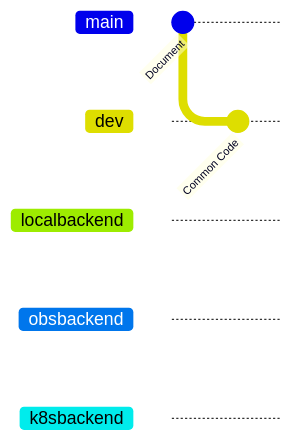
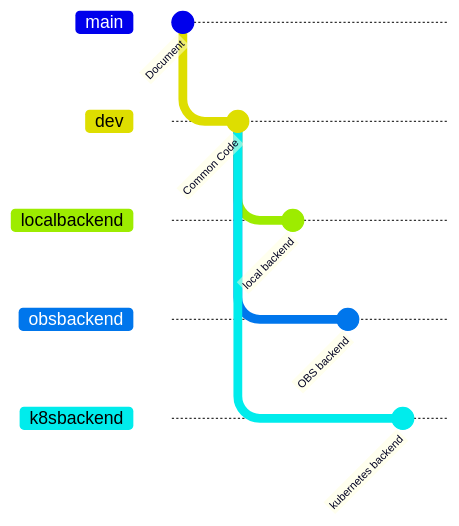
One commit to Huawei-APAC-Professional-Services/hfa changed the diagram in README.md. Above: the diagram before and after it, drawn with Mermaid.

Commit message:
add local

````diff
--- a/README.md
+++ b/README.md
@@ -9,9 +9,14 @@
 ```mermaid
 gitGraph
     commit id: "Document"
     branch dev
     commit id: "Common Code"
     branch localbackend
+    commit id: "local backend"
+    checkout dev
     branch obsbackend
+    commit id: "OBS backend"
+    checkout dev
     branch k8sbackend
+    commit id: "kubernetes backend"
 ```
````
